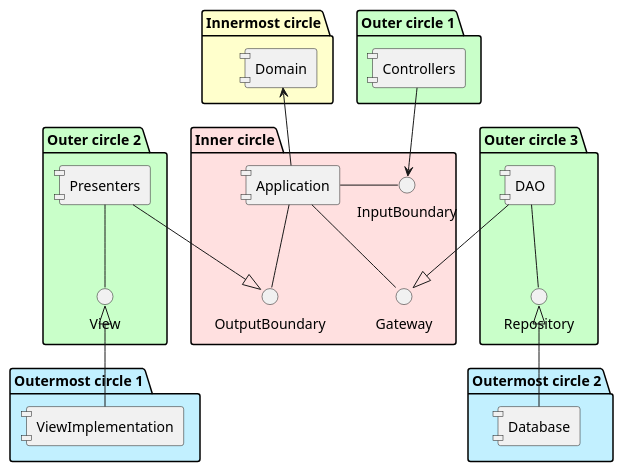
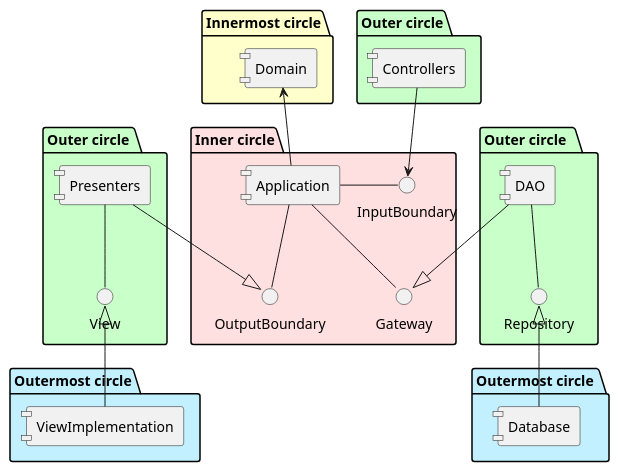
The diagram in Docs/Architecture/CleanArchitecture-ComponentsDiagram-Cohesive.puml (x-USantaTecla-game-uno/requirements), drawn with PlantUML before and after one commit. The commit also changed 2 other files, not shown here.

Commit message:
Summary diagram correction

```diff
--- a/Docs/Architecture/CleanArchitecture-ComponentsDiagram-Cohesive.puml
+++ b/Docs/Architecture/CleanArchitecture-ComponentsDiagram-Cohesive.puml
@@ -1,37 +1,37 @@
 @startuml
 'https://plantuml.com/component-diagram
 skinparam componentStyle uml1
 
 package "Innermost circle" #Business{
     [Domain]
 }
 
 package "Inner circle" #Implementation {
     [Application] -u-> [Domain]  
     InputBoundary - [Application]
     [Application] -- OutputBoundary
     [Application] -- Gateway
 }
 
-package "Outer circle 1" #Technology {
+package "Outer circle" #Technology {
     [Controllers] --> InputBoundary
 }
 
-package "Outer circle 2" #Technology {
+package "Outer circle " #Technology {
     [Presenters] --|> OutputBoundary
     View -u- Presenters
 }
 
-package "Outer circle 3" #Technology {
+package "Outer circle  " #Technology {
     [DAO] --|> Gateway
     [DAO] -- Repository
 }
 
-package "Outermost circle 2" #Application {
+package "Outermost circle " #Application {
     [Database] -u-|> Repository
 }
 
-package "Outermost circle 1" #Application {
+package "Outermost circle" #Application {
     [ViewImplementation] -u-|> View
 }
 @enduml
```
